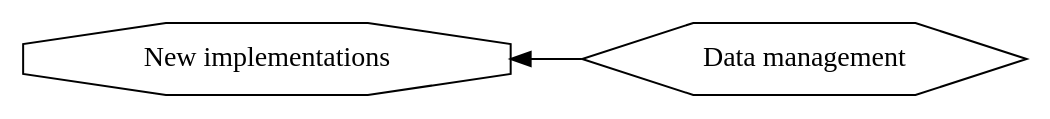
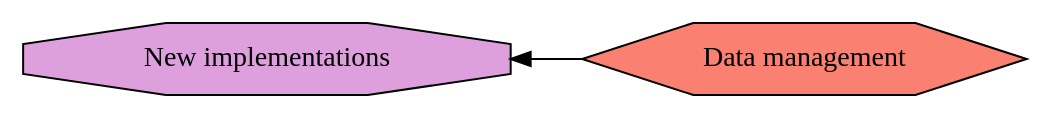
One commit to ledgerwatch/eth_state changed diagram 11 of 13 in Ethereum1x_definition.md. Above: the diagram before and after it, drawn with Graphviz. The commit also changed other lines of this file, not shown here.

````diff
--- a/Ethereum1x_definition.md
+++ b/Ethereum1x_definition.md
@@ -159,9 +158,9 @@
 ```graphviz
 digraph new_implementations {
 rankdir=LR;
-new_implementations [label="New implementations" shape="octagon"];
-data_management [label="Data management" shape="hexagon"];
+new_implementations [label="New implementations" shape=octagon style=filled fillcolor=plum];
+data_management [label="Data management" shape=hexagon style=filled fillcolor=salmon];
 
 new_implementations -> data_management [dir=back];
 }
 ```
````
